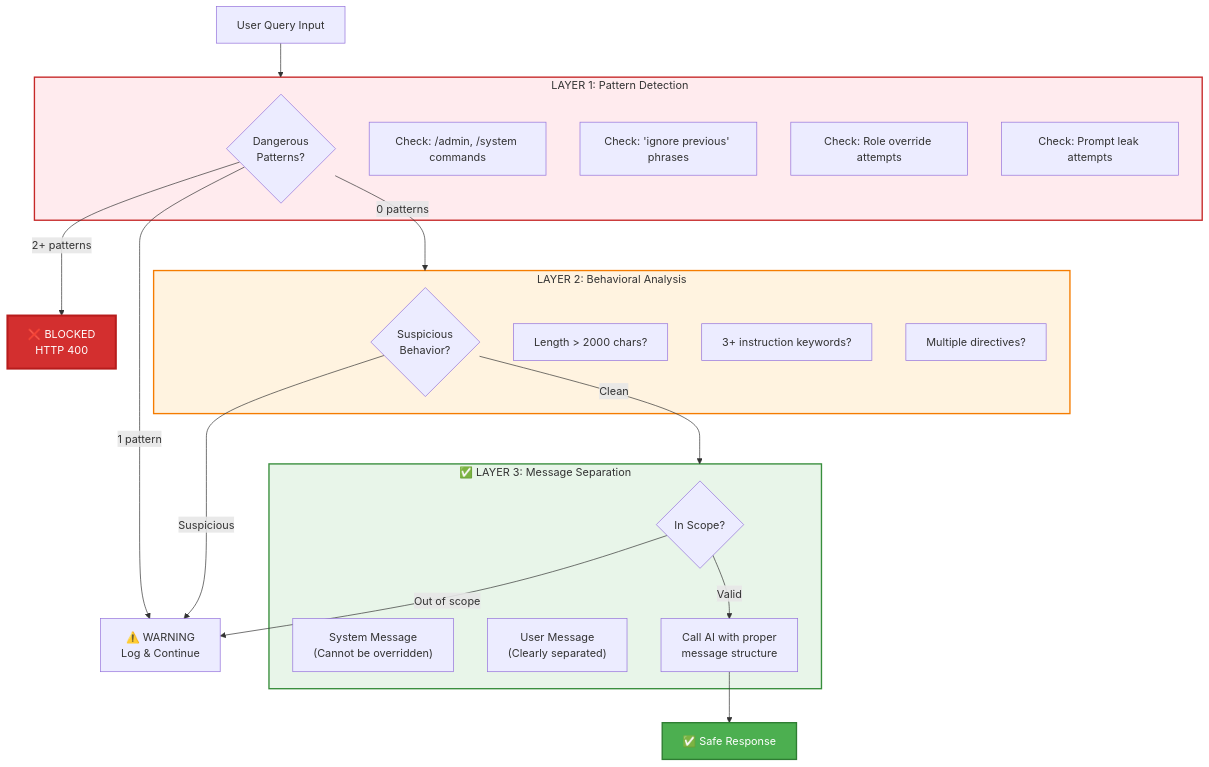
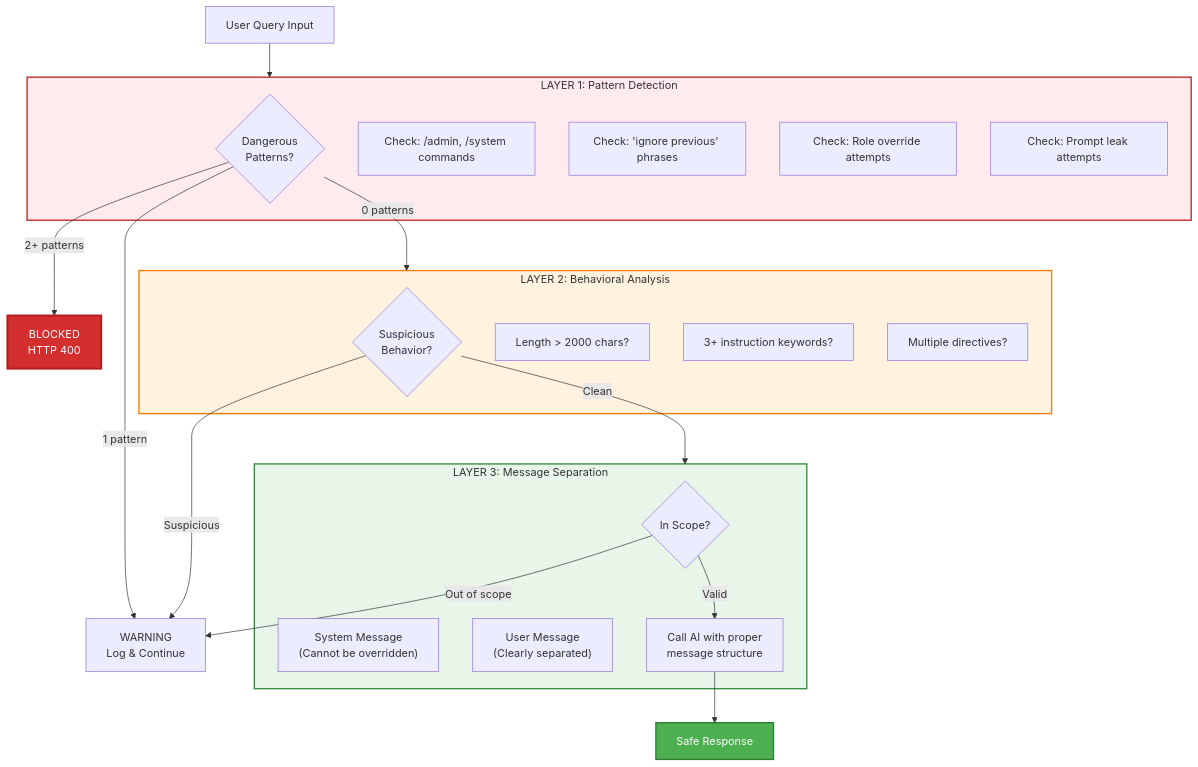
One commit to amitdevx/portfolio changed the third of 4 diagrams in src/content/posts/schemasense.mdx. Above: the diagram before and after it, drawn with Mermaid. The commit also changed other lines of this file and 6 other files, not shown here.

````diff
--- a/src/content/posts/schemasense.mdx
+++ b/src/content/posts/schemasense.mdx
@@ -393,44 +393,44 @@
 ```mermaid
 graph TD
     UserQuery[User Query Input] --> Layer1
 
-    subgraph Layer1["️ LAYER 1: Pattern Detection"]
+    subgraph Layer1[" LAYER 1: Pattern Detection"]
         PatternCheck{Dangerous<br/>Patterns?}
         CheckAdmin["Check: /admin, /system commands"]
         CheckIgnore["Check: 'ignore previous' phrases"]
         CheckRole["Check: Role override attempts"]
         CheckLeak["Check: Prompt leak attempts"]
     end
 
     subgraph Layer2[" LAYER 2: Behavioral Analysis"]
         BehaviorCheck{Suspicious<br/>Behavior?}
         LengthCheck["Length > 2000 chars?"]
         KeywordCheck["3+ instruction keywords?"]
         ContextCheck["Multiple directives?"]
     end
 
-    subgraph Layer3["✅ LAYER 3: Message Separation"]
+    subgraph Layer3[" LAYER 3: Message Separation"]
         ScopeValidation{In Scope?}
         SystemMsg["System Message<br/>(Cannot be overridden)"]
         UserMsg["User Message<br/>(Clearly separated)"]
         AICall["Call AI with proper<br/>message structure"]
     end
 
-    PatternCheck -->|2+ patterns| Blocked[❌ BLOCKED<br/>HTTP 400]
-    PatternCheck -->|1 pattern| Warning[⚠️ WARNING<br/>Log & Continue]
+    PatternCheck -->|2+ patterns| Blocked[ BLOCKED<br/>HTTP 400]
+    PatternCheck -->|1 pattern| Warning[ WARNING<br/>Log & Continue]
     PatternCheck -->|0 patterns| Layer2
 
     BehaviorCheck -->|Suspicious| Warning
     BehaviorCheck -->|Clean| Layer3
 
     ScopeValidation -->|Out of scope| Warning
     ScopeValidation -->|Valid| AICall
     
-    AICall --> Response[✅ Safe Response]
+    AICall --> Response[ Safe Response]
 
     style Layer1 fill:#ffebee,stroke:#c62828,stroke-width:2px
     style Layer2 fill:#fff3e0,stroke:#f57c00,stroke-width:2px
     style Layer3 fill:#e8f5e9,stroke:#388e3c,stroke-width:2px
     style Blocked fill:#d32f2f,stroke:#b71c1c,stroke-width:3px,color:#fff
     style Response fill:#4caf50,stroke:#2e7d32,stroke-width:2px,color:#fff
 ```
````
